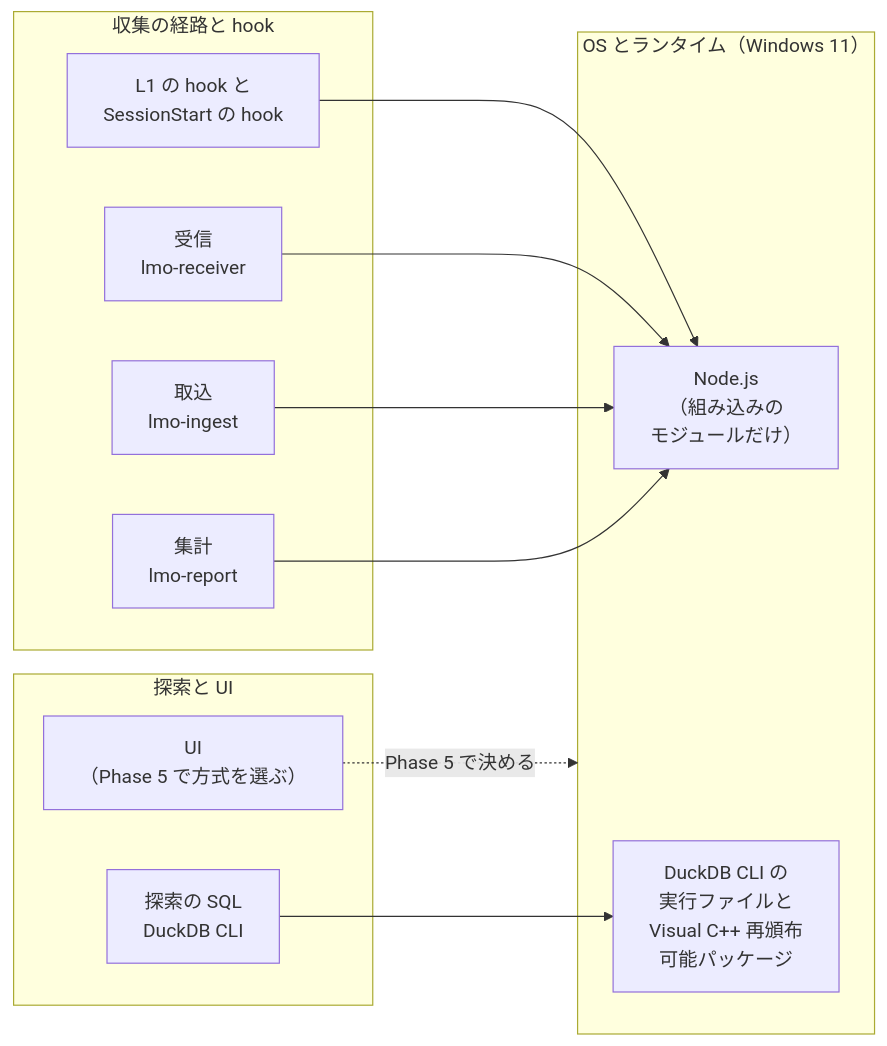
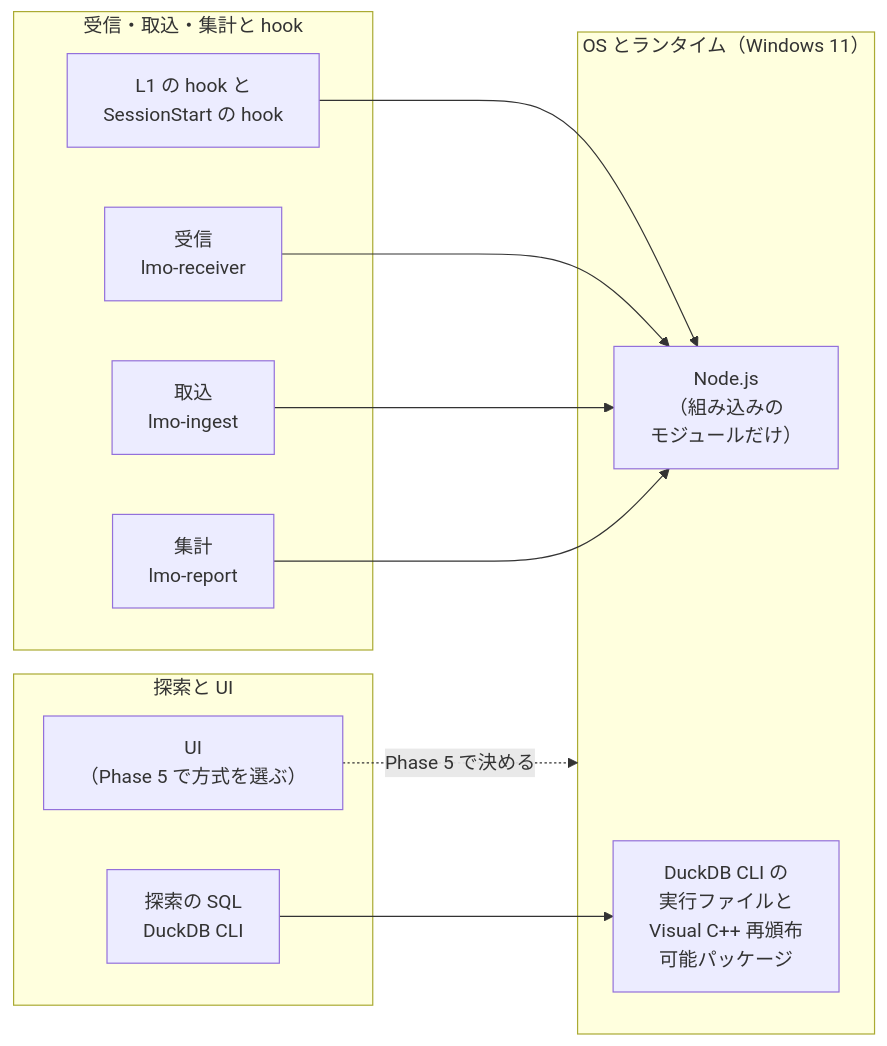
One commit to empty-can/research-by-cc changed the first of 3 diagrams in research-for-local-mini-otel-infra/reports/02.設計/99.設計まとめ/設計書.md. Above: the diagram before and after it, drawn with Mermaid. The commit also changed other lines of this file and 17 other files, not shown here.

````diff
--- a/research-for-local-mini-otel-infra/reports/02.設計/99.設計まとめ/設計書.md
+++ b/research-for-local-mini-otel-infra/reports/02.設計/99.設計まとめ/設計書.md
@@ -105,23 +109,23 @@
 ```mermaid
 flowchart LR
-  subgraph COL["収集の経路と hook"]
+  subgraph COL["受信・取込・集計と hook"]
     HK["L1 の hook と<br>SessionStart の hook"]
     RCV["受信<br>lmo-receiver"]
     ING["取込<br>lmo-ingest"]
     REP["集計<br>lmo-report"]
   end
   subgraph EXP["探索と UI"]
     DK["探索の SQL<br>DuckDB CLI"]
     UI["UI<br>（Phase 5 で方式を選ぶ）"]
   end
   subgraph RT["OS とランタイム（Windows 11）"]
     ND["Node.js<br>（組み込みの<br>モジュールだけ）"]
     EX["DuckDB CLI の<br>実行ファイルと<br>Visual C++ 再頒布<br>可能パッケージ"]
   end
   HK --> ND
   RCV --> ND
   ING --> ND
   REP --> ND
   DK --> EX
   UI -. "Phase 5 で決める" .-> RT
 ```
````
